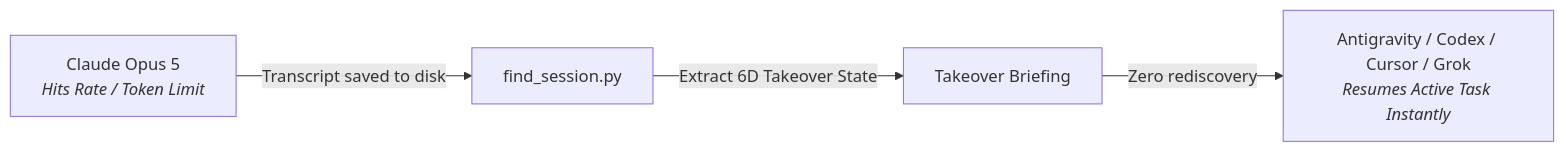
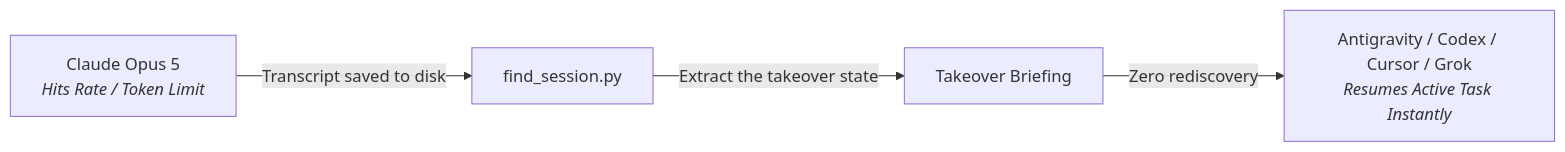
The diagram in plugins/resume-session/README.md (fledgeling-co/fledgeling-plugins), drawn with Mermaid before and after one commit. The commit also changed other lines of this file and 36 other files, not shown here.

````diff
--- a/plugins/resume-session/README.md
+++ b/plugins/resume-session/README.md
@@ -19,6 +26,6 @@
 ```mermaid
 graph LR
     A[Claude Opus 5<br><i>Hits Rate / Token Limit</i>] -->|Transcript saved to disk| B[find_session.py]
-    B -->|Extract 6D Takeover State| C[Takeover Briefing]
+    B -->|Extract the takeover state| C[Takeover Briefing]
     C -->|Zero rediscovery| D[Antigravity / Codex / Cursor / Grok<br><i>Resumes Active Task Instantly</i>]
 ```
````
